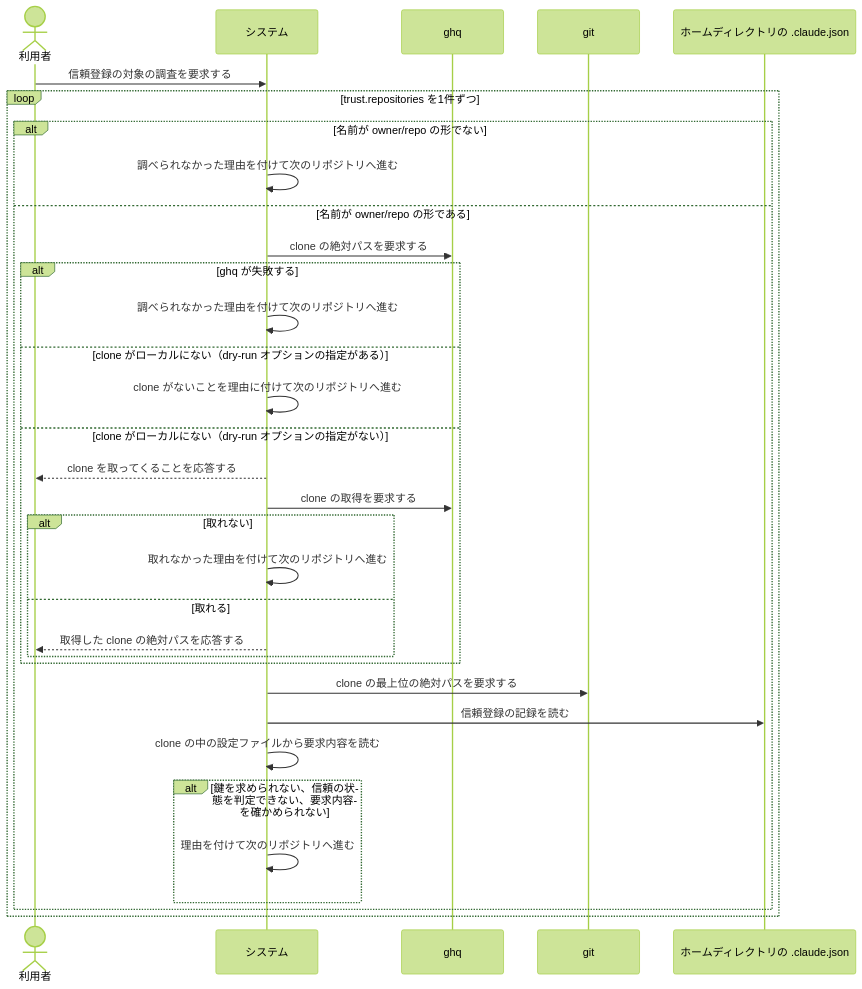
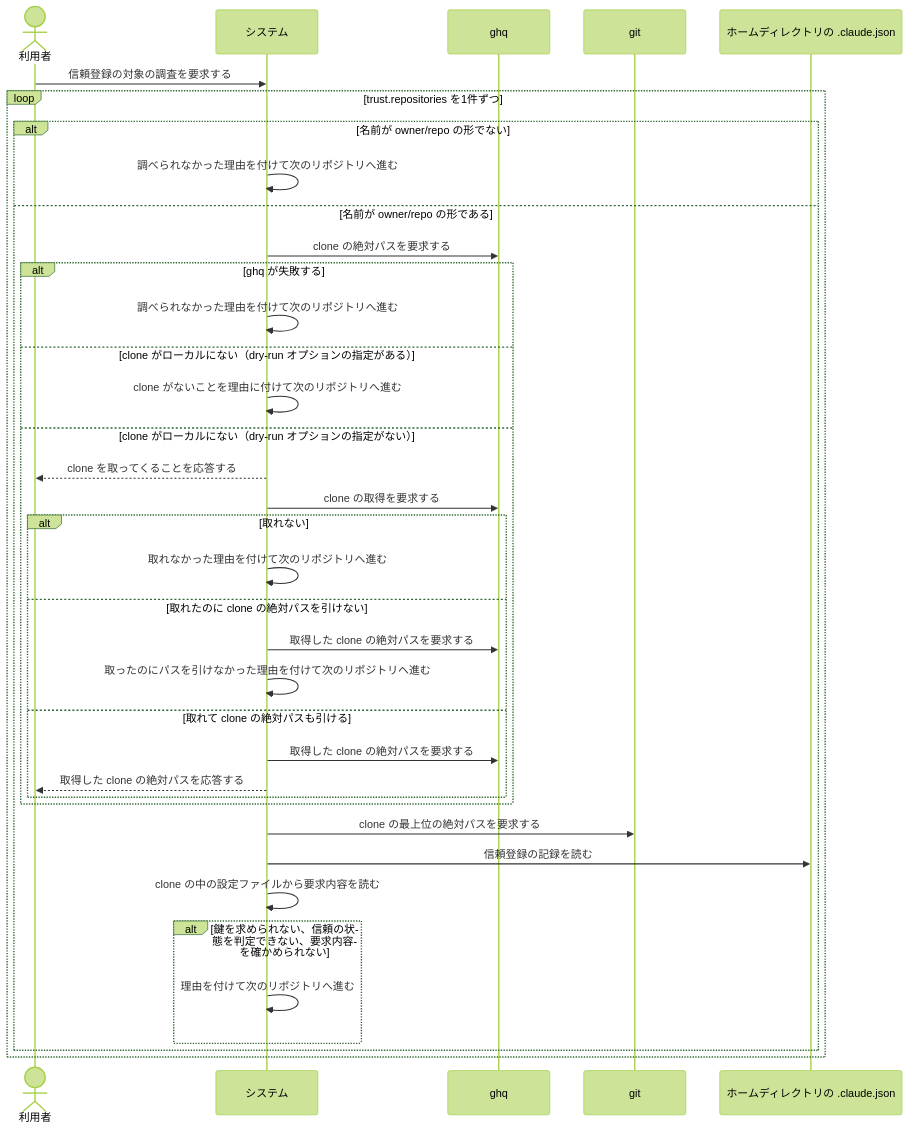
The second of 2 diagrams in docs/spec/usecases/particular_case/信頼登録の対象を調べる.rucm.md (maimuzo/continuo), drawn with Mermaid (forest theme) before and after one commit. The commit also changed other lines of this file and 93 other files, not shown here.

````diff
--- a/docs/spec/usecases/particular_case/信頼登録の対象を調べる.rucm.md
+++ b/docs/spec/usecases/particular_case/信頼登録の対象を調べる.rucm.md
@@ -199,36 +199,40 @@
 ```mermaid
 sequenceDiagram
     actor 利用者
     participant システム
     participant ghq
     participant git
     participant 信頼の記録 as ホームディレクトリの .claude.json
 
     利用者->>システム: 信頼登録の対象の調査を要求する
     loop trust.repositories を1件ずつ
         alt 名前が owner/repo の形でない
             システム->>システム: 調べられなかった理由を付けて次のリポジトリへ進む
         else 名前が owner/repo の形である
             システム->>ghq: clone の絶対パスを要求する
             alt ghq が失敗する
                 システム->>システム: 調べられなかった理由を付けて次のリポジトリへ進む
             else clone がローカルにない（dry-run オプションの指定がある）
                 システム->>システム: clone がないことを理由に付けて次のリポジトリへ進む
             else clone がローカルにない（dry-run オプションの指定がない）
                 システム-->>利用者: clone を取ってくることを応答する
                 システム->>ghq: clone の取得を要求する
                 alt 取れない
                     システム->>システム: 取れなかった理由を付けて次のリポジトリへ進む
-                else 取れる
+                else 取れたのに clone の絶対パスを引けない
+                    システム->>ghq: 取得した clone の絶対パスを要求する
+                    システム->>システム: 取ったのにパスを引けなかった理由を付けて次のリポジトリへ進む
+                else 取れて clone の絶対パスも引ける
+                    システム->>ghq: 取得した clone の絶対パスを要求する
                     システム-->>利用者: 取得した clone の絶対パスを応答する
                 end
             end
             システム->>git: clone の最上位の絶対パスを要求する
             システム->>信頼の記録: 信頼登録の記録を読む
             システム->>システム: clone の中の設定ファイルから要求内容を読む
             alt 鍵を求められない、信頼の状態を判定できない、要求内容を確かめられない
                 システム->>システム: 理由を付けて次のリポジトリへ進む
             end
         end
     end
 ```
````
